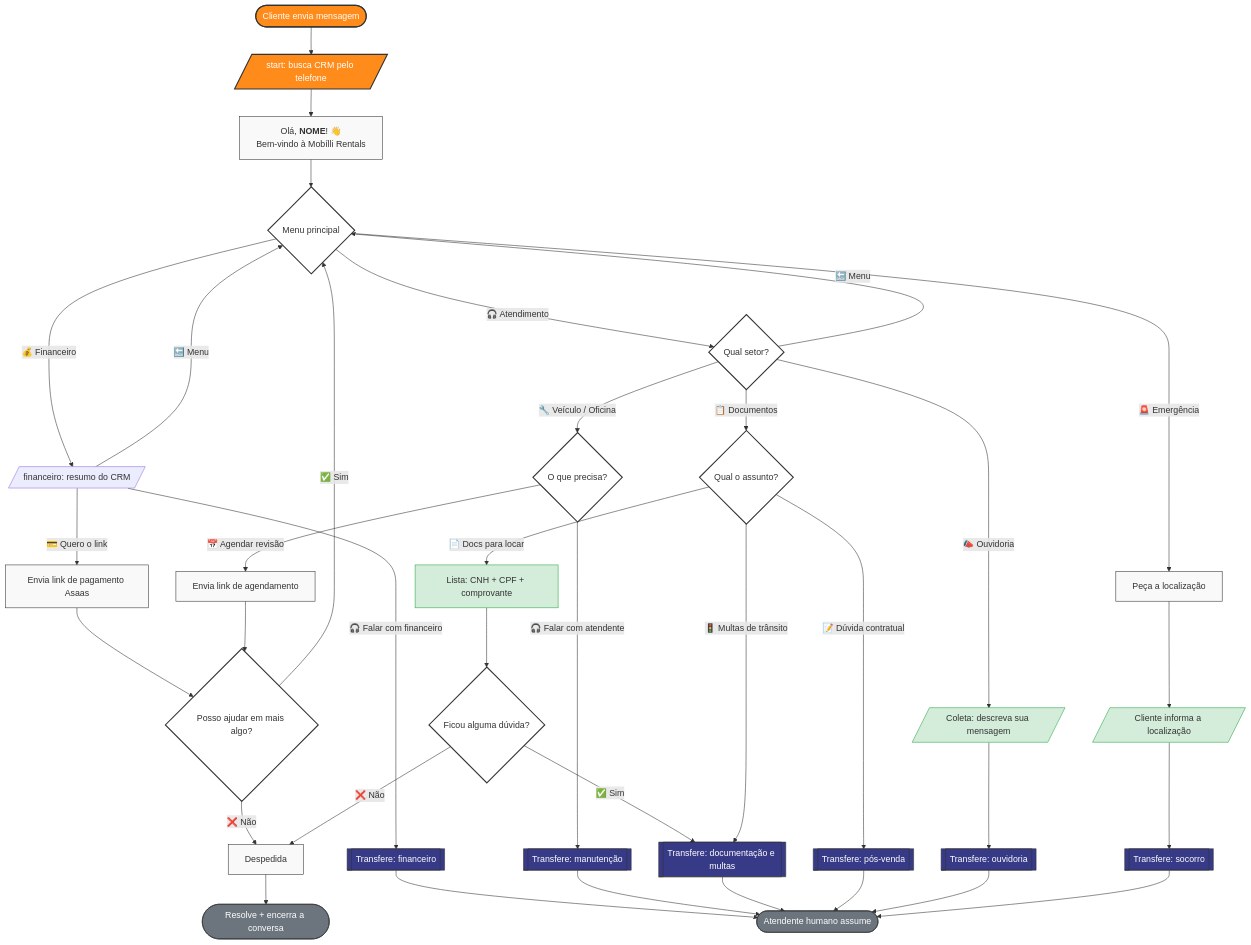
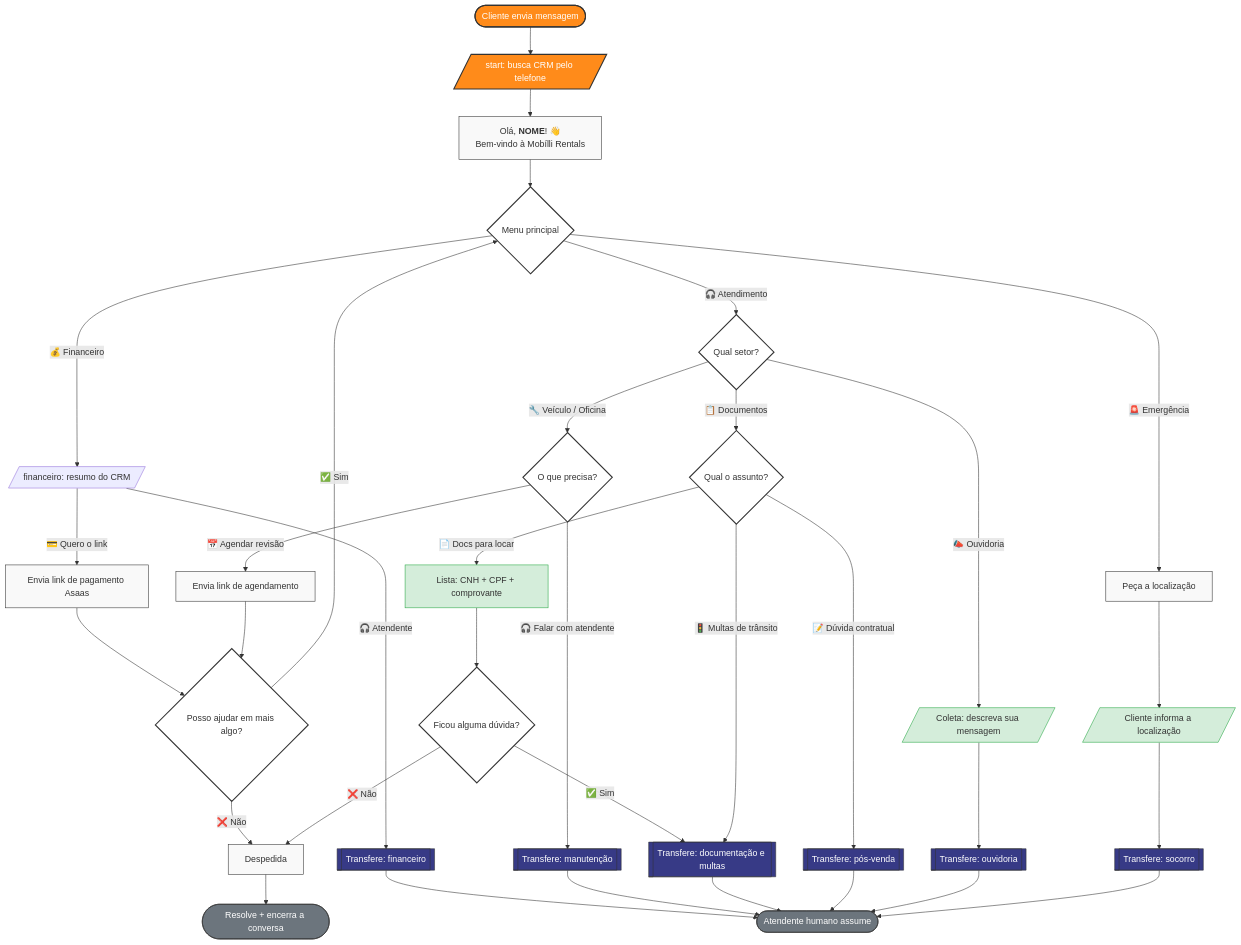
One commit to mobillirentals/chatwoot changed the diagram in docs/bot-flows/service-flow.md. Above: the diagram before and after it, drawn with Mermaid. The commit also changed other lines of this file, not shown here.

Commit message:
docs(bot): global Voltar, name fallback and button updates in service-flow

````diff
--- a/docs/bot-flows/service-flow.md
+++ b/docs/bot-flows/service-flow.md
@@ -18,66 +18,64 @@
 ```mermaid
 graph TD
     Inicio([Cliente envia mensagem]) --> Start[/start: busca CRM pelo telefone/]
     Start --> Saudacao["Olá, <b>NOME</b>! 👋<br/>Bem-vindo à Mobílli Rentals"]
     Saudacao --> Menu{Menu principal}
 
     %% ── NÍVEL 1 ─────────────────────────────────────────────
     Menu -- 💰 Financeiro --> Fin[/financeiro: resumo do CRM/]
     Menu -- 🎧 Atendimento --> Atend{Qual setor?}
     Menu -- 🚨 Emergência --> Emerg[Peça a localização]
 
     %% ── FINANCEIRO (autoatendimento CRM) ────────────────────
     Fin -- 💳 Quero o link --> LinkPag[Envia link de pagamento Asaas]
     LinkPag --> MaisAlgo{Posso ajudar em mais algo?}
-    Fin -- 🎧 Falar com financeiro --> T_Fin[[Transfere: financeiro]]
-    Fin -- 🔙 Menu --> Menu
+    Fin -- 🎧 Atendente --> T_Fin[[Transfere: financeiro]]
     MaisAlgo -- ✅ Sim --> Menu
     MaisAlgo -- ❌ Não --> Despedida[Despedida]
     Despedida --> Fim([Resolve + encerra a conversa])
 
     %% ── ATENDIMENTO (sub-setores) ───────────────────────────
     Atend -- 🔧 Veículo / Oficina --> Veic{O que precisa?}
     Atend -- 📋 Documentos --> Doc{Qual o assunto?}
     Atend -- 📣 Ouvidoria --> Ouv[/Coleta: descreva sua mensagem/]
-    Atend -- 🔙 Menu --> Menu
 
     Veic -- 📅 Agendar revisão --> LinkAgenda[Envia link de agendamento]
     LinkAgenda --> MaisAlgo
     Veic -- 🎧 Falar com atendente --> T_Manut[[Transfere: manutenção]]
 
     Doc -- 📄 Docs para locar --> DocList[Lista: CNH + CPF + comprovante]
     DocList --> DocDuvida{Ficou alguma dúvida?}
     DocDuvida -- ✅ Sim --> T_Frota[[Transfere: documentação e multas]]
     DocDuvida -- ❌ Não --> Despedida
     Doc -- 🚦 Multas de trânsito --> T_Frota
     Doc -- 📝 Dúvida contratual --> T_PosVenda[[Transfere: pós-venda]]
 
     Ouv --> T_Ouv[[Transfere: ouvidoria]]
 
     %% ── EMERGÊNCIA (coleta localização) ─────────────────────
     Emerg --> EmergLoc[/Cliente informa a localização/]
     EmergLoc --> T_Socorro[[Transfere: socorro]]
 
     %% ── HANDOFF ─────────────────────────────────────────────
     T_Fin --> Atendente([Atendente humano assume])
     T_Manut --> Atendente
     T_Frota --> Atendente
     T_PosVenda --> Atendente
     T_Ouv --> Atendente
     T_Socorro --> Atendente
 
     %% Estilização
     classDef inicio fill:#ff8b1a,stroke:#333,stroke-width:2px,color:#fff;
     classDef decisao fill:#fff,stroke:#333,stroke-width:2px;
     classDef mensagem fill:#f9f9f9,stroke:#333,stroke-width:1px;
     classDef selfservice fill:#d4edda,stroke:#28a745,stroke-width:1px;
     classDef transferencia fill:#373a86,stroke:#333,stroke-width:1px,color:#fff;
     classDef encerrar fill:#6c757d,stroke:#333,stroke-width:1px,color:#fff;
 
     class Inicio,Start inicio;
     class Menu,Atend,Veic,Doc,MaisAlgo,DocDuvida decisao;
     class Saudacao,LinkPag,LinkAgenda,Despedida,Emerg mensagem;
     class DocList,Ouv,EmergLoc selfservice;
     class T_Fin,T_Manut,T_Frota,T_PosVenda,T_Ouv,T_Socorro transferencia;
     class Fim,Atendente encerrar;
 ```
````
